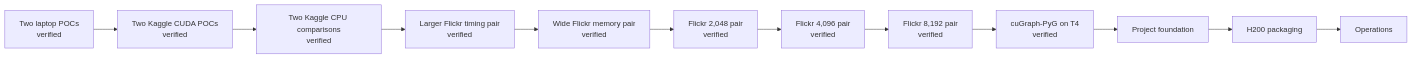
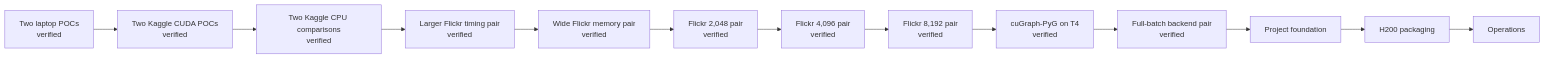
Before and after one commit to gh-andirdju/ml: the diagram in docs/05-plan/phases.md, drawn with Mermaid. The commit also changed other lines of this file and 11 other files, not shown here.

Commit message:
Record full-batch PyG backend comparison

````diff
--- a/docs/05-plan/phases.md
+++ b/docs/05-plan/phases.md
@@ -10,14 +11,15 @@
 ```mermaid
 flowchart LR
     local[Two laptop POCs<br/>verified] --> kaggle[Two Kaggle CUDA POCs<br/>verified]
     kaggle --> cpu[Two Kaggle CPU comparisons<br/>verified]
     cpu --> larger[Larger Flickr timing pair<br/>verified]
     larger --> memory[Wide Flickr memory pair<br/>verified]
     memory --> larger_memory[Flickr 2,048 pair<br/>verified]
     larger_memory --> high_memory[Flickr 4,096 pair<br/>verified]
     high_memory --> maximum_memory[Flickr 8,192 pair<br/>verified]
     maximum_memory --> cugraph[cuGraph-PyG on T4<br/>verified]
-    cugraph --> foundation[Project foundation]
+    cugraph --> fullbatch[Full-batch backend pair<br/>verified]
+    fullbatch --> foundation[Project foundation]
     foundation --> cluster[H200 packaging]
     cluster --> operations[Operations]
 ```
````
